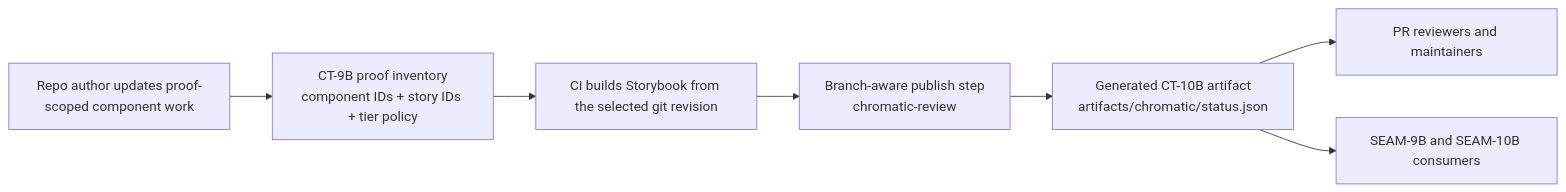
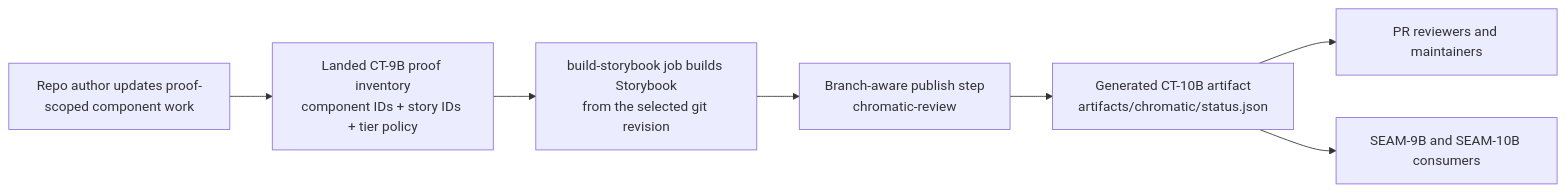
The first of 4 diagrams in harness-future-rails/threaded-seams/seam-8b-branch-aware-visual-review-convergence/review.md (atomize-hq/collider), drawn with Mermaid before and after one commit. The commit also changed other lines of this file and 11 other files, not shown here.

````diff
--- a/harness-future-rails/threaded-seams/seam-8b-branch-aware-visual-review-convergence/review.md
+++ b/harness-future-rails/threaded-seams/seam-8b-branch-aware-visual-review-convergence/review.md
@@ -18,9 +19,9 @@
 ```mermaid
 flowchart LR
-  Author["Repo author updates proof-scoped component work"] --> Inventory["CT-9B proof inventory<br/>component IDs + story IDs + tier policy"]
-  Inventory --> Build["CI builds Storybook from the selected git revision"]
+  Author["Repo author updates proof-scoped component work"] --> Inventory["Landed CT-9B proof inventory<br/>component IDs + story IDs + tier policy"]
+  Inventory --> Build["build-storybook job builds Storybook<br/>from the selected git revision"]
   Build --> Publish["Branch-aware publish step<br/>chromatic-review"]
   Publish --> Status["Generated CT-10B artifact<br/>artifacts/chromatic/status.json"]
   Status --> Reviewers["PR reviewers and maintainers"]
   Status --> Downstream["SEAM-9B and SEAM-10B consumers"]
 ```
````
